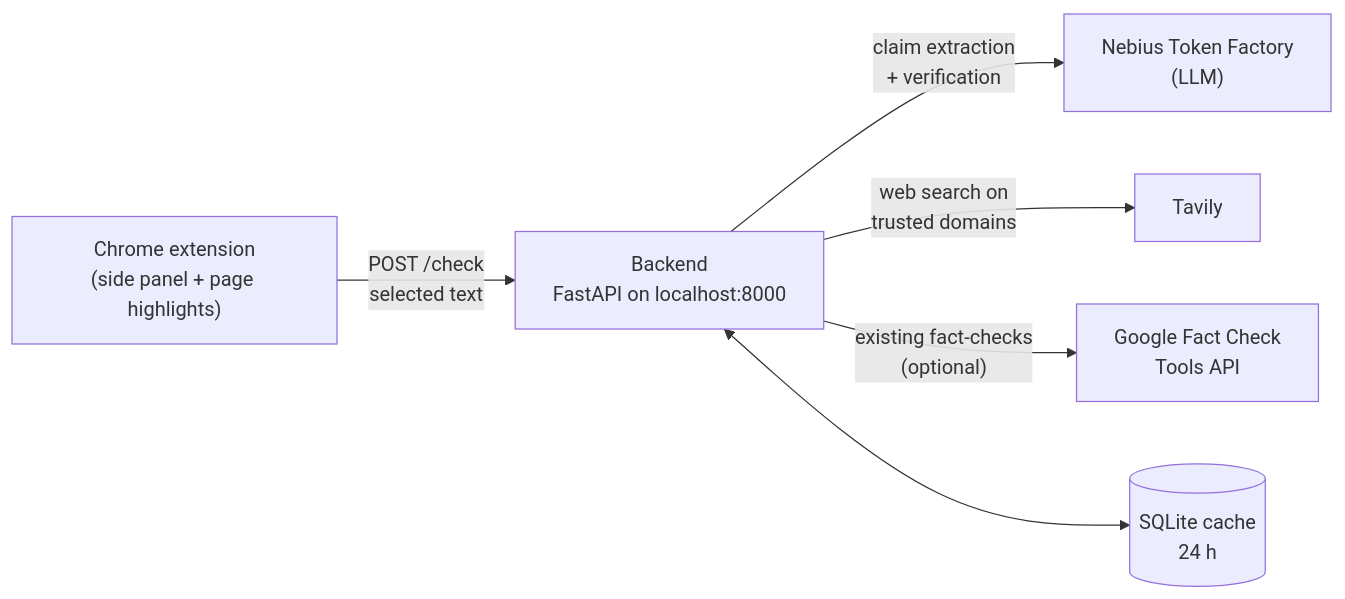
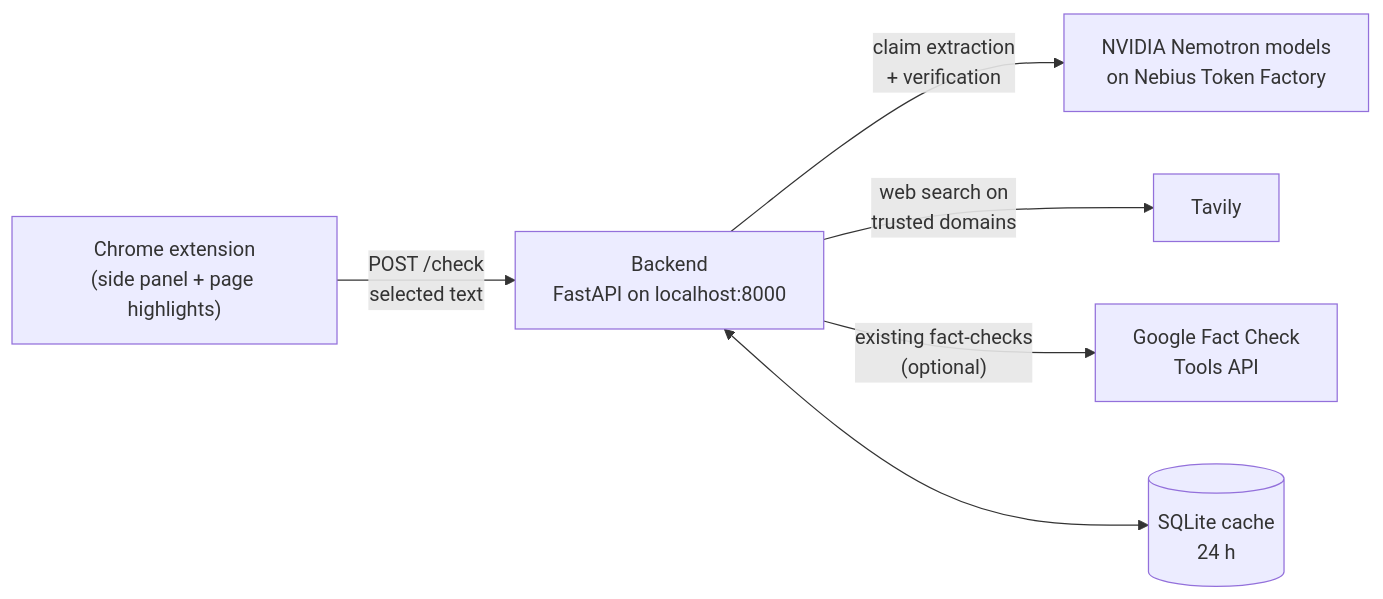
One commit to mohaas33/info-checker changed the diagram in README.md. Above: the diagram before and after it, drawn with Mermaid. The commit also changed other lines of this file and 10 other files, not shown here.

Commit message:
Switch to NVIDIA Nemotron; verify citations with quotes; multilingual queries

````diff
--- a/README.md
+++ b/README.md
@@ -35,8 +40,8 @@
 ```mermaid
 flowchart LR
     A["Chrome extension<br/>(side panel + page highlights)"] -- "POST /check<br/>selected text" --> B["Backend<br/>FastAPI on localhost:8000"]
-    B -- "claim extraction<br/>+ verification" --> C["Nebius Token Factory<br/>(LLM)"]
+    B -- "claim extraction<br/>+ verification" --> C["NVIDIA Nemotron models<br/>on Nebius Token Factory"]
     B -- "web search on<br/>trusted domains" --> D["Tavily"]
     B -- "existing fact-checks<br/>(optional)" --> E["Google Fact Check<br/>Tools API"]
     B <--> F[("SQLite cache<br/>24 h")]
 ```
````
